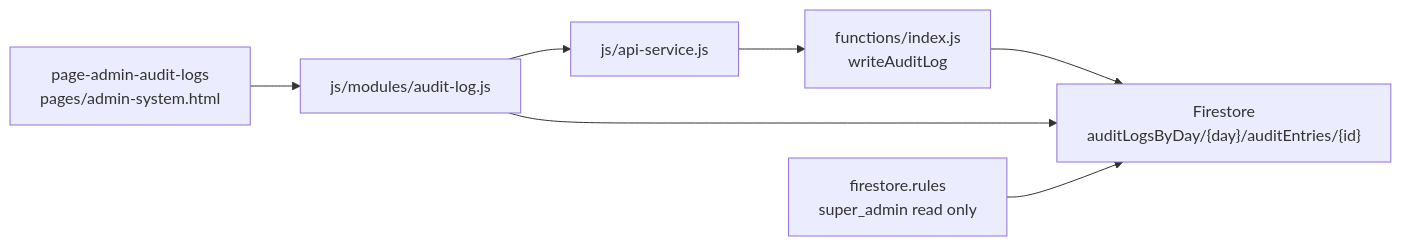
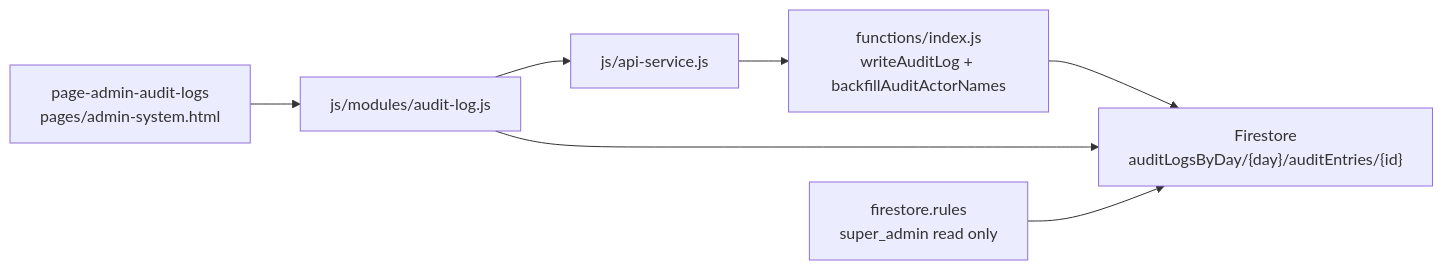
One commit to msw2004727/FC changed the second of 2 diagrams in docs/architecture.md. Above: the diagram before and after it, drawn with Mermaid. The commit also changed other lines of this file and 8 other files, not shown here.

Commit message:
Backfill audit actor names and localize error logs

````diff
--- a/docs/architecture.md
+++ b/docs/architecture.md
@@ -201,16 +201,16 @@
 ```mermaid
 flowchart LR
     UI["page-admin-audit-logs\npages/admin-system.html"]
     MOD["js/modules/audit-log.js"]
     API["js/api-service.js"]
-    CF["functions/index.js\nwriteAuditLog"]
+    CF["functions/index.js\nwriteAuditLog + backfillAuditActorNames"]
     FS["Firestore\nauditLogsByDay/{day}/auditEntries/{id}"]
     RULES["firestore.rules\nsuper_admin read only"]
 
     UI --> MOD
     MOD --> API
     API --> CF
     CF --> FS
     MOD --> FS
     RULES --> FS
 ```
````
